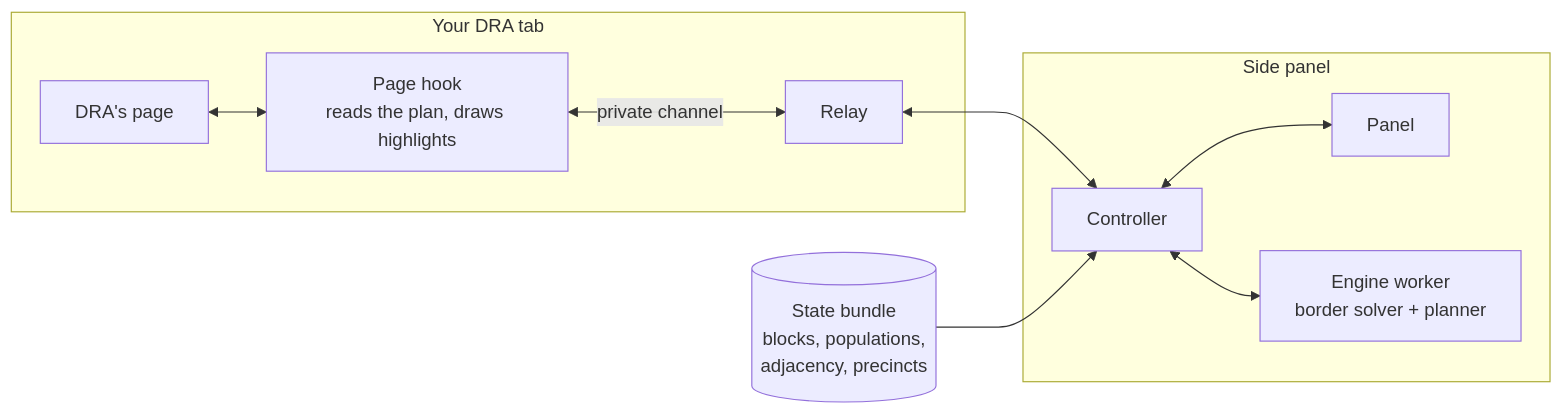
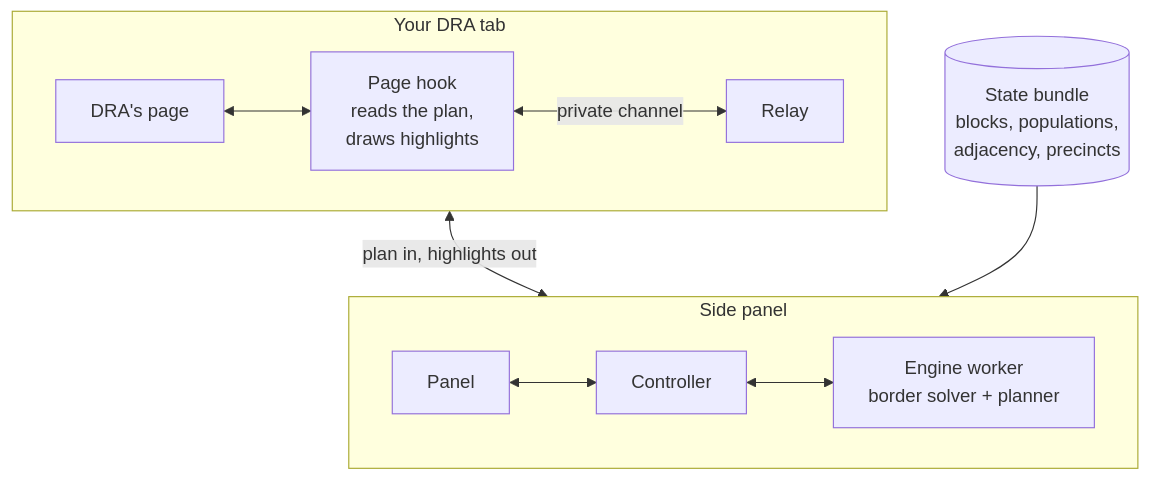
Before and after one commit to jetpackrider/district-zeroing-extension: the diagram in README.md, drawn with Mermaid. The commit also changed other lines of this file, not shown here.

Commit message:
README: lay the diagram out top to bottom, keep mode names on one line

````diff
--- a/README.md
+++ b/README.md
@@ -68,13 +68,14 @@
 ```mermaid
-flowchart LR
+flowchart TB
   subgraph tab["Your DRA tab"]
-    dra["DRA's page"] <--> hook["Page hook<br/>reads the plan, draws highlights"]
-    hook <-->|private channel| relay["Relay"]
+    direction LR
+    dra["DRA's page"] <--> hook["Page hook<br/>reads the plan,<br/>draws highlights"] <-->|private channel| relay["Relay"]
   end
   subgraph ext["Side panel"]
-    ctl["Controller"] <--> ui["Panel"]
-    ctl <--> worker["Engine worker<br/>border solver + planner"]
+    direction LR
+    ui["Panel"] <--> ctl["Controller"] <--> worker["Engine worker<br/>border solver + planner"]
   end
-  relay <--> ctl
-  data[("State bundle<br/>blocks, populations,<br/>adjacency, precincts")] --> ctl
+  data[("State bundle<br/>blocks, populations,<br/>adjacency, precincts")]
+  tab <-->|"plan in, highlights out"| ext
+  data --> ext
 ```
````
